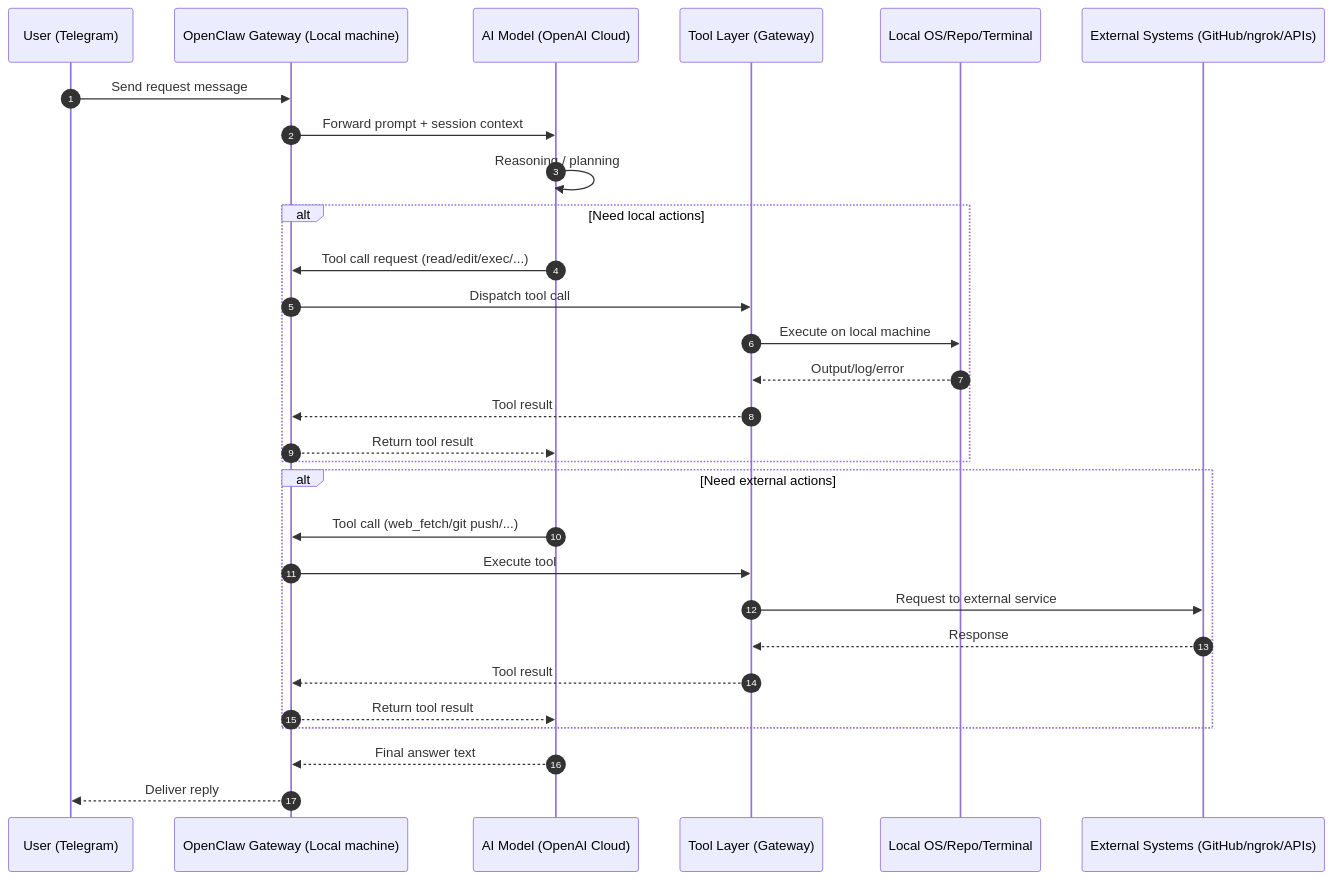
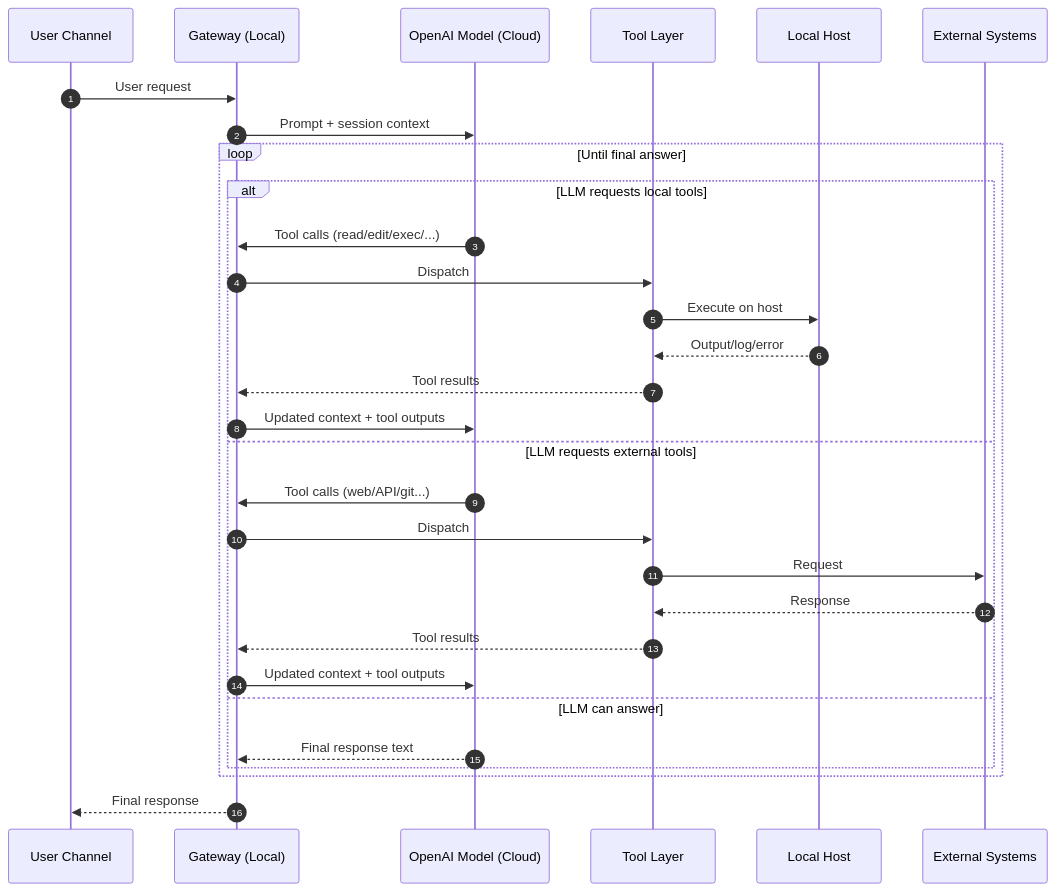
The first of 2 diagrams in ai-sequence-diagram/SEQUENCE.md (xoaicatchu/Ai-agent-collection), drawn with Mermaid before and after one commit. The commit also changed other lines of this file, not shown here.

Commit message:
docs: rewrite agent flow as technical model and explain iterative context handling

````diff
--- a/ai-sequence-diagram/SEQUENCE.md
+++ b/ai-sequence-diagram/SEQUENCE.md
@@ -39,35 +41,35 @@
 ```mermaid
 sequenceDiagram
-    autonumber
-    participant U as User (Telegram)
-    participant GW as OpenClaw Gateway (Local machine)
-    participant AI as AI Model (OpenAI Cloud)
-    participant TL as Tool Layer (Gateway)
-    participant L as Local OS/Repo/Terminal
-    participant EXT as External Systems (GitHub/ngrok/APIs)
+  autonumber
+  participant U as User Channel
+  participant GW as Gateway (Local)
+  participant LLM as OpenAI Model (Cloud)
+  participant TL as Tool Layer
+  participant LOC as Local Host
+  participant EXT as External Systems
 
-    U->>GW: Send request message
-    GW->>AI: Forward prompt + session context
-    AI->>AI: Reasoning / planning
+  U->>GW: User request
+  GW->>LLM: Prompt + session context
 
-    alt Need local actions
-        AI->>GW: Tool call request (read/edit/exec/...)
-        GW->>TL: Dispatch tool call
-        TL->>L: Execute on local machine
-        L-->>TL: Output/log/error
-        TL-->>GW: Tool result
-        GW-->>AI: Return tool result
+  loop Until final answer
+    alt LLM requests local tools
+      LLM->>GW: Tool calls (read/edit/exec/...)
+      GW->>TL: Dispatch
+      TL->>LOC: Execute on host
+      LOC-->>TL: Output/log/error
+      TL-->>GW: Tool results
+      GW->>LLM: Updated context + tool outputs
+    else LLM requests external tools
+      LLM->>GW: Tool calls (web/API/git...)
+      GW->>TL: Dispatch
+      TL->>EXT: Request
+      EXT-->>TL: Response
+      TL-->>GW: Tool results
+      GW->>LLM: Updated context + tool outputs
+    else LLM can answer
+      LLM-->>GW: Final response text
     end
+  end
 
-    alt Need external actions
-        AI->>GW: Tool call (web_fetch/git push/...)
-        GW->>TL: Execute tool
-        TL->>EXT: Request to external service
-        EXT-->>TL: Response
-        TL-->>GW: Tool result
-        GW-->>AI: Return tool result
-    end
-
-    AI-->>GW: Final answer text
-    GW-->>U: Deliver reply
+  GW-->>U: Final response
 ```
````
